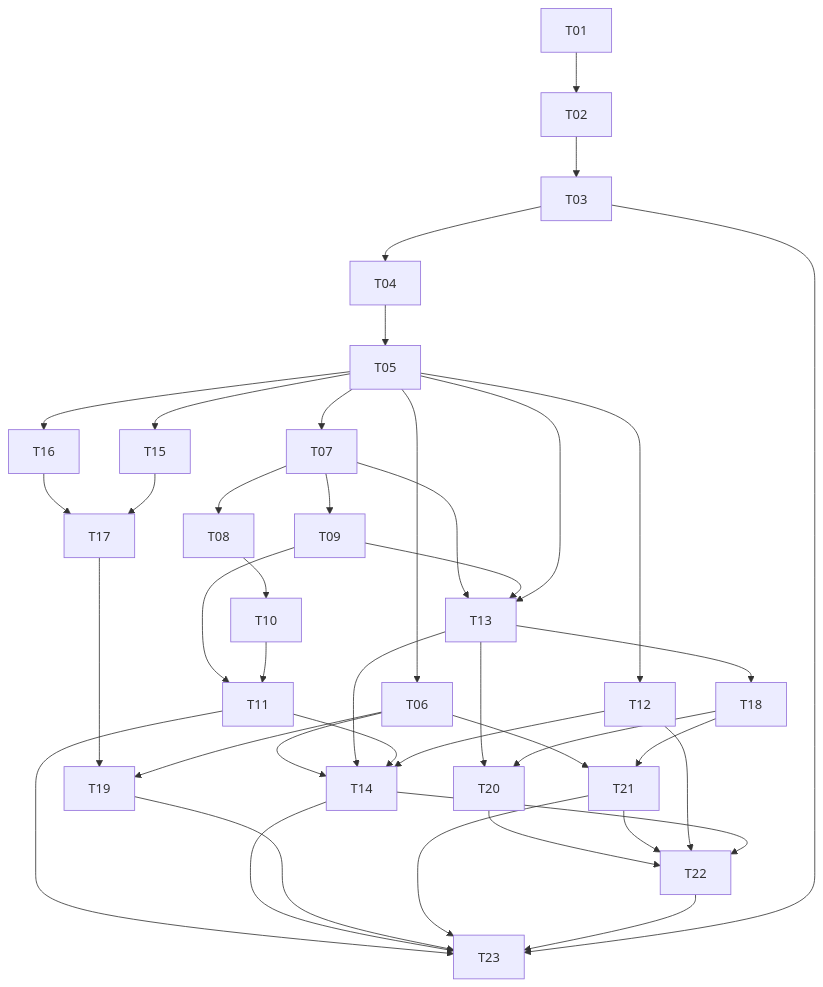
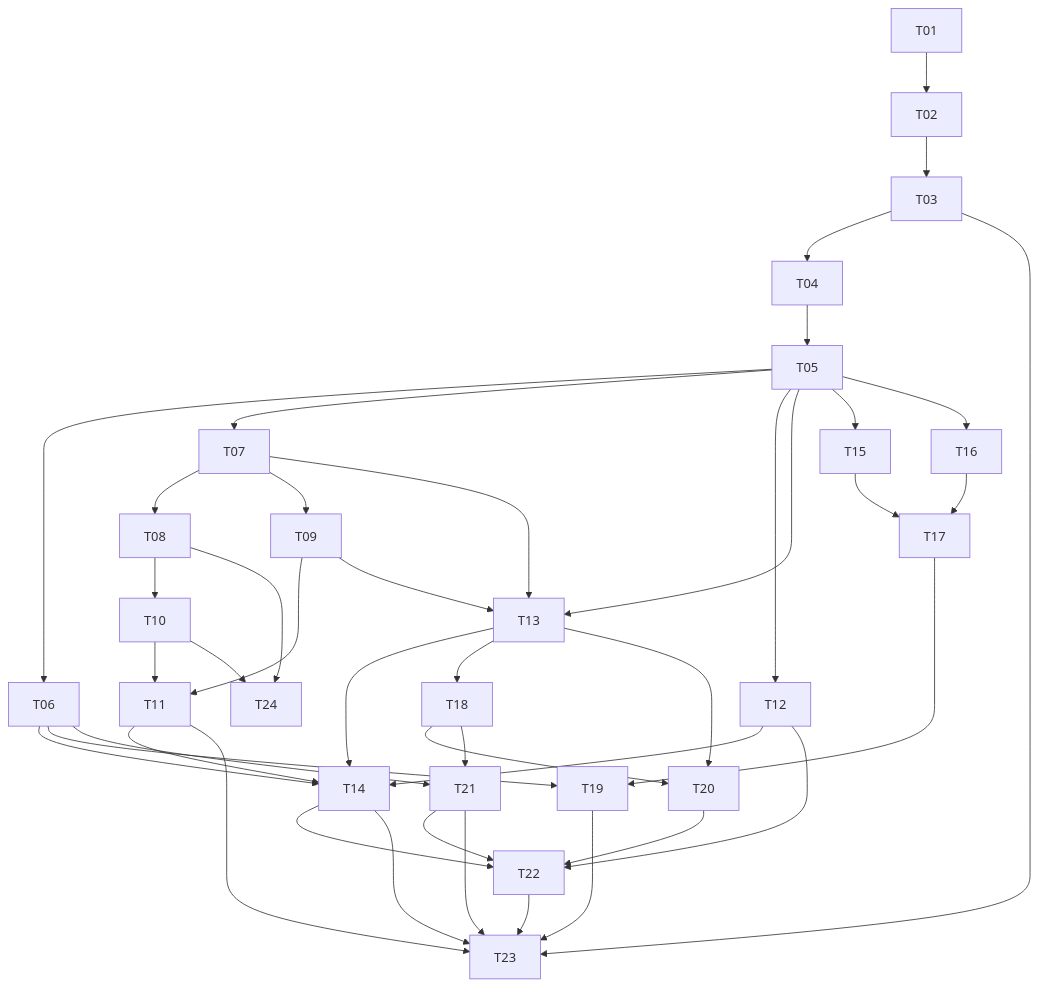
The diagram in .specs/features/primeira-entrega-operacional/tasks.md (ccjunior/pit-crm), drawn with Mermaid before and after one commit. The commit also changed other lines of this file and 22 other files, not shown here.

````diff
--- a/.specs/features/primeira-entrega-operacional/tasks.md
+++ b/.specs/features/primeira-entrega-operacional/tasks.md
@@ -18,43 +18,45 @@
 ```mermaid
 flowchart TD
     T01 --> T02
     T02 --> T03
     T03 --> T04
     T04 --> T05
     T05 --> T06
     T05 --> T07
     T07 --> T08
     T07 --> T09
     T08 --> T10
     T09 --> T11
     T10 --> T11
     T05 --> T12
     T07 --> T13
     T09 --> T13
     T05 --> T13
     T06 --> T14
     T13 --> T14
     T11 --> T14
     T12 --> T14
     T05 --> T15
     T05 --> T16
     T16 --> T17
     T15 --> T17
     T13 --> T18
     T17 --> T19
     T06 --> T19
     T13 --> T20
     T18 --> T20
     T06 --> T21
     T18 --> T21
     T20 --> T22
     T21 --> T22
     T12 --> T22
     T14 --> T22
     T11 --> T23
     T14 --> T23
     T19 --> T23
     T21 --> T23
     T22 --> T23
     T03 --> T23
+    T08 --> T24
+    T10 --> T24
 ```
````
